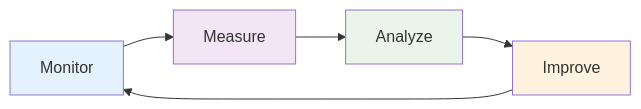
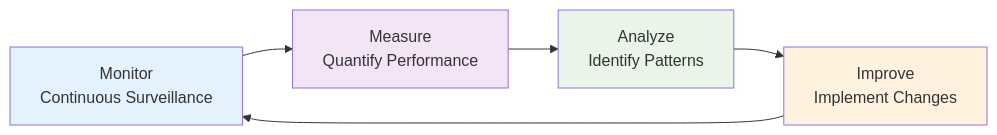
One commit to milavdabgar/studio changed the sixth of 6 diagrams in content/resources/study-materials/32-ict/sem-5/4353204-cyber-security/slidev/02-computer-security-fundamentals.md. Above: the diagram before and after it, drawn with Mermaid. The commit also changed other lines of this file and 3 other files, not shown here.

````diff
--- a/content/resources/study-materials/32-ict/sem-5/4353204-cyber-security/slidev/02-computer-security-fundamentals.md
+++ b/content/resources/study-materials/32-ict/sem-5/4353204-cyber-security/slidev/02-computer-security-fundamentals.md
@@ -948,12 +2421,12 @@
 ```mermaid
 graph LR
-    A[Monitor] --> B[Measure]
-    B --> C[Analyze]
-    C --> D[Improve]
+    A[Monitor<br/>Continuous Surveillance] --> B[Measure<br/>Quantify Performance]
+    B --> C[Analyze<br/>Identify Patterns]
+    C --> D[Improve<br/>Implement Changes]
     D --> A
     
     style A fill:#e3f2fd
     style B fill:#f3e5f5
     style C fill:#e8f5e8
     style D fill:#fff3e0
 ```
````
